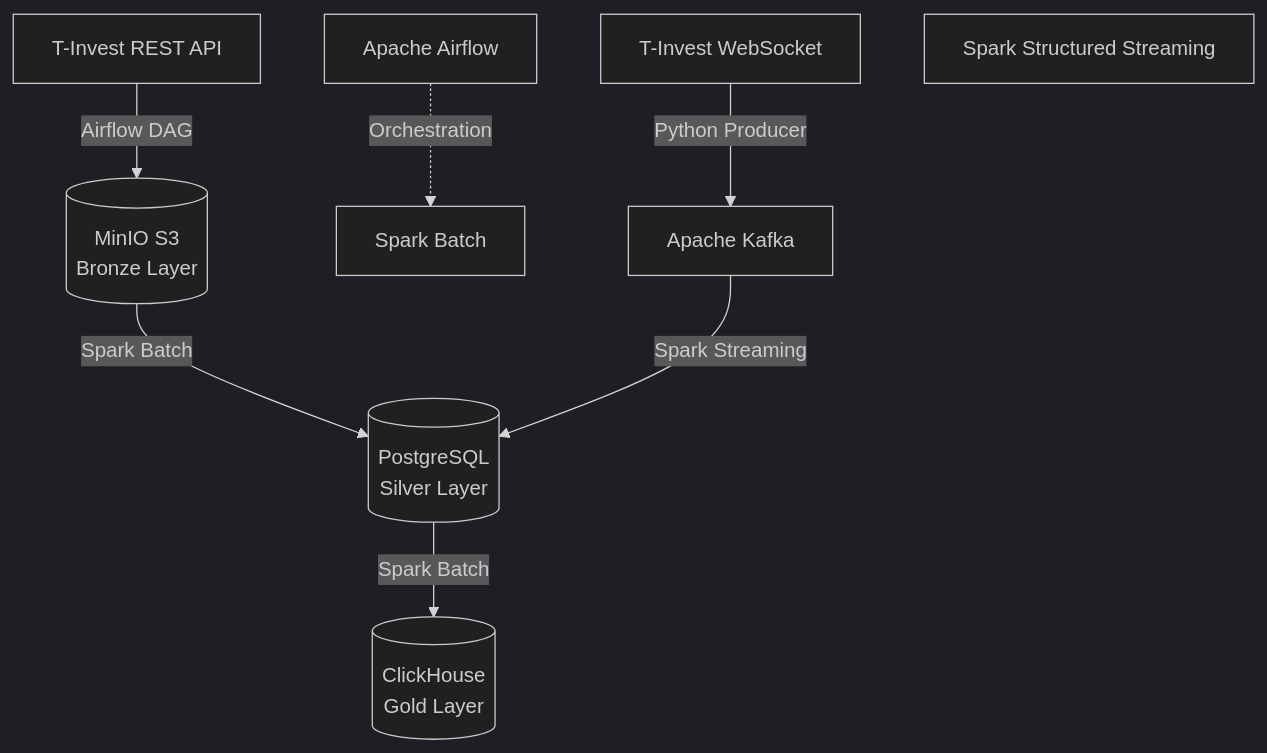
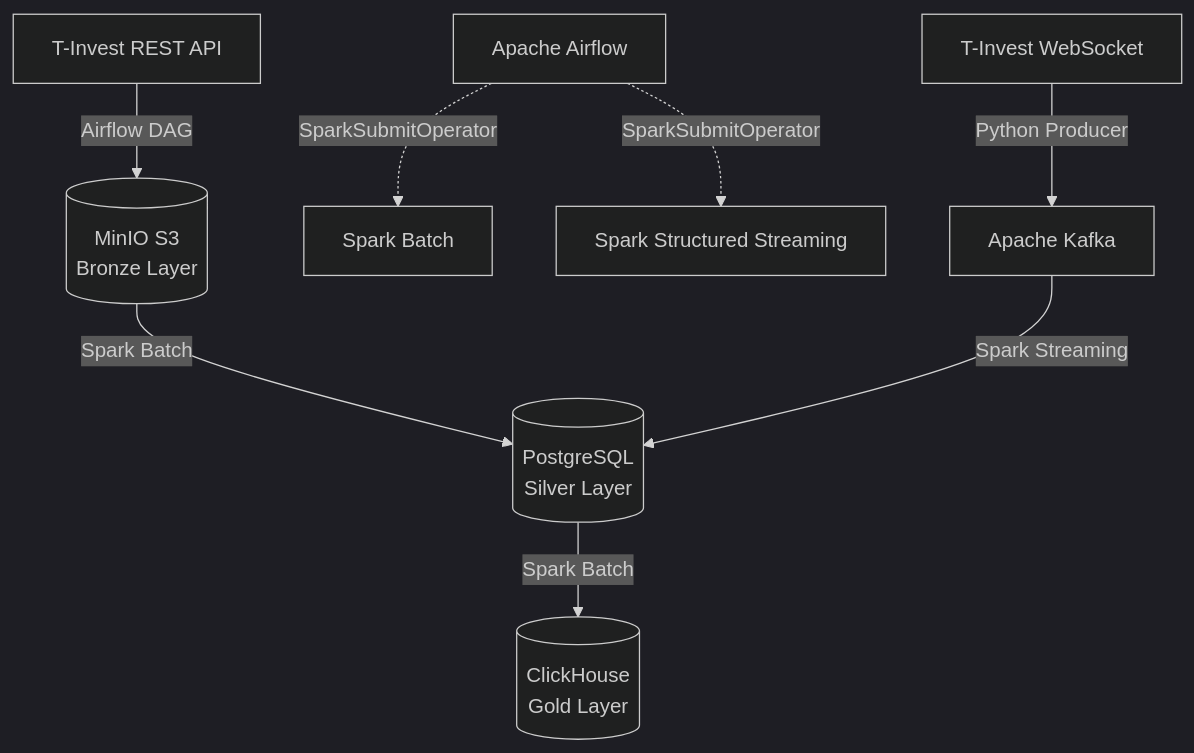
Before and after one commit to Mifestos/tinvest-flow: the first of 2 diagrams in README.md, drawn with Mermaid (dark theme). The commit also changed other lines of this file and 3 other files, not shown here.

Commit message:
integrate SparkSubmitOperator for streaming jobs

````diff
--- a/README.md
+++ b/README.md
@@ -21,31 +21,32 @@
 ```mermaid
 graph TD
     %% Sources
     API_REST[T-Invest REST API]
     API_WS[T-Invest WebSocket]
     
     %% Orchestration
     Airflow[Apache Airflow]
 
     %% Streaming
     Kafka[Apache Kafka]
 
     %% Processing
     Spark_Batch[Spark Batch]
     Spark_Stream[Spark Structured Streaming]
 
     %% Storage
     MinIO[(MinIO S3\nBronze Layer)]
     Postgres[(PostgreSQL\nSilver Layer)]
     ClickHouse[(ClickHouse\nGold Layer)]
 
     %% Batch Flow
     API_REST -->|Airflow DAG| MinIO
     MinIO -->|Spark Batch| Postgres
-    Airflow -.->|Orchestration| Spark_Batch
+    Airflow -.->|SparkSubmitOperator| Spark_Batch
     Postgres -->|Spark Batch| ClickHouse
 
     %% Streaming Flow
     API_WS -->|Python Producer| Kafka
     Kafka -->|Spark Streaming| Postgres
+    Airflow -.->|SparkSubmitOperator| Spark_Stream
 ```
````
